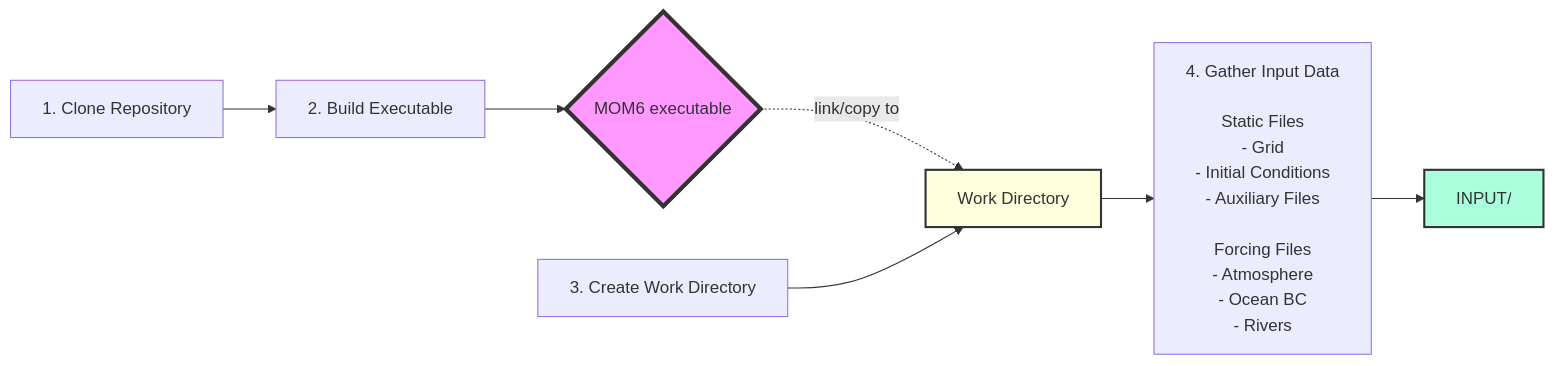
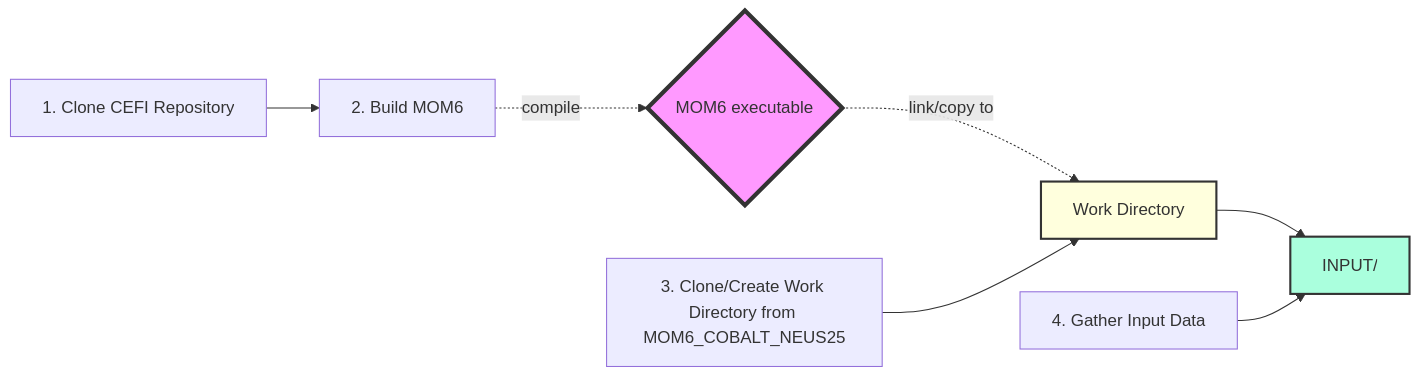
One commit to dksasaki/MOM6_COBALT_NEUS25 changed the first of 2 diagrams in README2.md. Above: the diagram before and after it, drawn with Mermaid.

Commit message:
minor changes

````diff
--- a/README2.md
+++ b/README2.md
@@ -19,16 +19,18 @@
 ```mermaid
 flowchart LR
-    A[1. Clone Repository] --> B[2. Build Executable]
-    B --> C{MOM6 executable}
+    A[1. Clone CEFI Repository] --> B[2. Build MOM6]
+    B -.-> |compile| C{MOM6 executable}
     
-    D[3. Create Work Directory]
+    D[3. Clone/Create Work Directory from MOM6_COBALT_NEUS25]
     C -.-> |link/copy to| E[Work Directory]
     D --> E
     
-    E --> F[4. Gather Input Data <br/> <br/>Static Files<br/>- Grid<br/>- Initial Conditions<br/>- Auxiliary Files <br/> <br/>Forcing Files<br/>- Atmosphere<br/>- Ocean BC<br/>- Rivers]
+    E --> H
+    %% F[4. Gather Input Data <br/> <br/>Static Files<br/>- Grid<br/>- Initial Conditions<br/>- Auxiliary Files <br/> <br/>Forcing Files<br/>- Atmosphere<br/>- Ocean BC<br/>- Rivers]
+    F[4. Gather Input Data ]
     F --> H[INPUT/]
     
     style C fill:#f9f,stroke:#333,stroke-width:4px
     style H fill:#afd,stroke:#333,stroke-width:2px
     style E fill:#ffd,stroke:#333,stroke-width:2px
 ```
````
